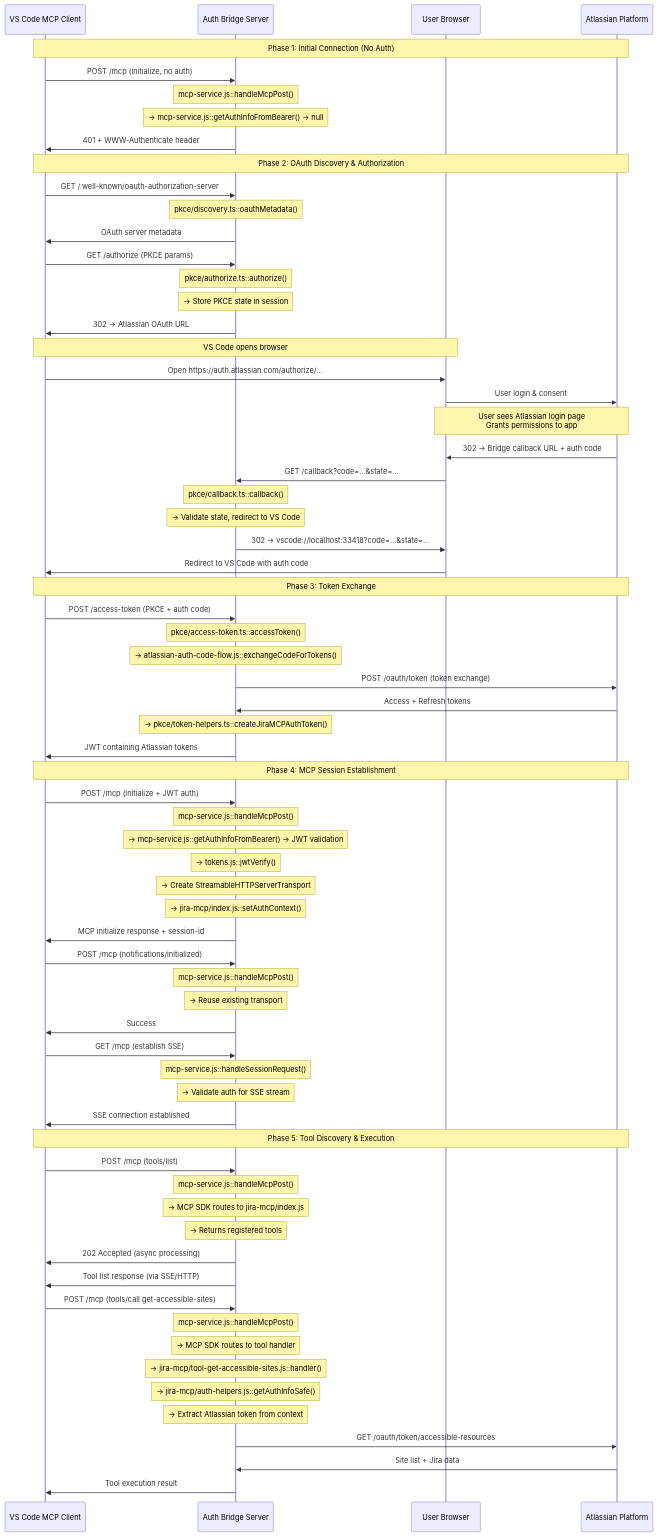
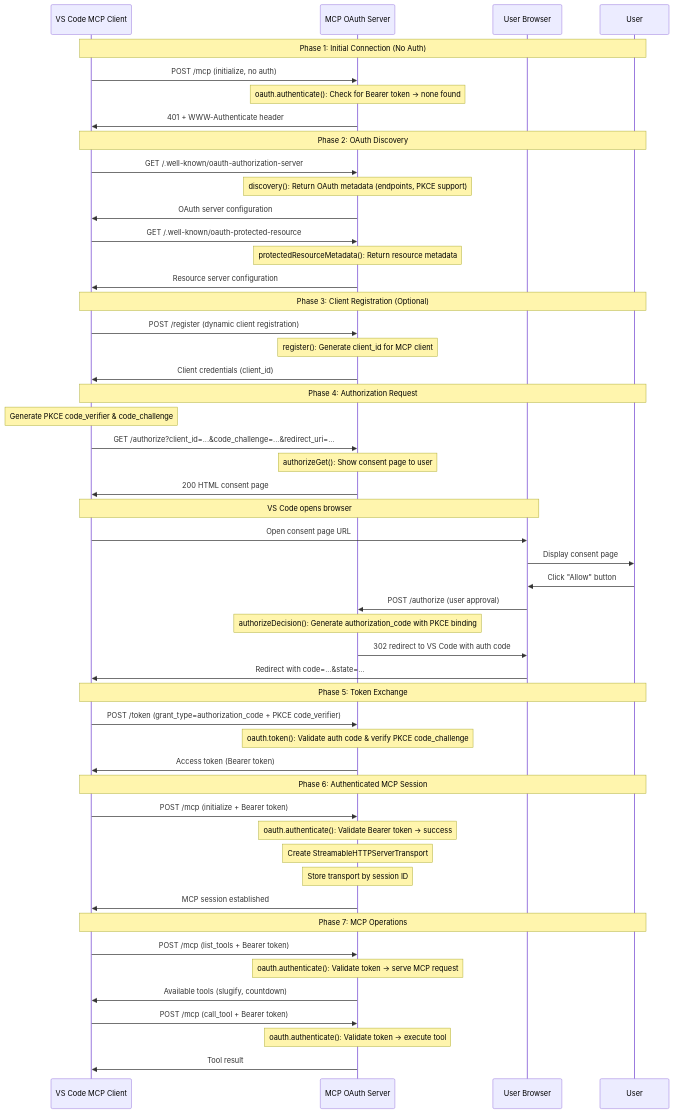
The diagram in training/9-authorizing-mcp.md (bitovi/mcp-training), drawn with Mermaid before and after one commit. The commit also changed other lines of this file and 6 other files, not shown here.

````diff
--- a/training/9-authorizing-mcp.md
+++ b/training/9-authorizing-mcp.md
@@ -7,80 +5,62 @@
 ```mermaid
 sequenceDiagram
     participant VSCode as VS Code MCP Client
-    participant Bridge as Auth Bridge Server
+    participant Server as MCP OAuth Server
     participant Browser as User Browser
-    participant Atlassian as Atlassian Platform
+    participant User as User
 
-    Note over VSCode,Atlassian: Phase 1: Initial Connection (No Auth)
-    VSCode->>Bridge: POST /mcp (initialize, no auth)
-    Note over Bridge: mcp-service.js::handleMcpPost()
-    Note over Bridge: → mcp-service.js::getAuthInfoFromBearer() → null
-    Bridge->>VSCode: 401 + WWW-Authenticate header
+    Note over VSCode,User: Phase 1: Initial Connection (No Auth)
+    VSCode->>Server: POST /mcp (initialize, no auth)
+    Note over Server: oauth.authenticate(): Check for Bearer token → none found
+    Server->>VSCode: 401 + WWW-Authenticate header
 
-    Note over VSCode,Atlassian: Phase 2: OAuth Discovery & Authorization
-    VSCode->>Bridge: GET /.well-known/oauth-authorization-server
-    Note over Bridge: pkce/discovery.ts::oauthMetadata()
-    Bridge->>VSCode: OAuth server metadata
+    Note over VSCode,User: Phase 2: OAuth Discovery
+    VSCode->>Server: GET /.well-known/oauth-authorization-server
+    Note over Server: discovery(): Return OAuth metadata (endpoints, PKCE support)
+    Server->>VSCode: OAuth server configuration
 
-    VSCode->>Bridge: GET /authorize (PKCE params)
-    Note over Bridge: pkce/authorize.ts::authorize()
-    Note over Bridge: → Store PKCE state in session
-    Bridge->>VSCode: 302 → Atlassian OAuth URL
+    VSCode->>Server: GET /.well-known/oauth-protected-resource  
+    Note over Server: protectedResourceMetadata(): Return resource metadata
+    Server->>VSCode: Resource server configuration
+
+    Note over VSCode,User: Phase 3: Client Registration (Optional)
+    VSCode->>Server: POST /register (dynamic client registration)
+    Note over Server: register(): Generate client_id for MCP client
+    Server->>VSCode: Client credentials (client_id)
+
+    Note over VSCode,User: Phase 4: Authorization Request
+    Note over VSCode: Generate PKCE code_verifier & code_challenge
+    VSCode->>Server: GET /authorize?client_id=...&code_challenge=...&redirect_uri=...
+    Note over Server: authorizeGet(): Show consent page to user
+    Server->>VSCode: 200 HTML consent page
 
     Note over VSCode,Browser: VS Code opens browser
-    VSCode->>Browser: Open https://auth.atlassian.com/authorize/...
-    Browser->>Atlassian: User login & consent
-    Note over Browser,Atlassian: User sees Atlassian login page<br/>Grants permissions to app
-    Atlassian->>Browser: 302 → Bridge callback URL + auth code
-    Browser->>Bridge: GET /callback?code=...&state=...
-    Note over Bridge: pkce/callback.ts::callback()
-    Note over Bridge: → Validate state, redirect to VS Code
-    Bridge->>Browser: 302 → vscode://localhost:33418?code=...&state=...
-    Browser->>VSCode: Redirect to VS Code with auth code
+    VSCode->>Browser: Open consent page URL
+    Browser->>User: Display consent page
+    User->>Browser: Click "Allow" button
+    Browser->>Server: POST /authorize (user approval)
+    Note over Server: authorizeDecision(): Generate authorization_code with PKCE binding
+    Server->>Browser: 302 redirect to VS Code with auth code
+    Browser->>VSCode: Redirect with code=...&state=...
 
-    Note over VSCode,Atlassian: Phase 3: Token Exchange
-    VSCode->>Bridge: POST /access-token (PKCE + auth code)
-    Note over Bridge: pkce/access-token.ts::accessToken()
-    Note over Bridge: → atlassian-auth-code-flow.js::exchangeCodeForTokens()
-    Bridge->>Atlassian: POST /oauth/token (token exchange)
-    Atlassian->>Bridge: Access + Refresh tokens
-    Note over Bridge: → pkce/token-helpers.ts::createJiraMCPAuthToken()
-    Bridge->>VSCode: JWT containing Atlassian tokens
+    Note over VSCode,User: Phase 5: Token Exchange
+    VSCode->>Server: POST /token (grant_type=authorization_code + PKCE code_verifier)
+    Note over Server: oauth.token(): Validate auth code & verify PKCE code_challenge
+    Server->>VSCode: Access token (Bearer token)
 
-    Note over VSCode,Atlassian: Phase 4: MCP Session Establishment
-    VSCode->>Bridge: POST /mcp (initialize + JWT auth)
-    Note over Bridge: mcp-service.js::handleMcpPost()
-    Note over Bridge: → mcp-service.js::getAuthInfoFromBearer() → JWT validation
-    Note over Bridge: → tokens.js::jwtVerify()
-    Note over Bridge: → Create StreamableHTTPServerTransport
-    Note over Bridge: → jira-mcp/index.js::setAuthContext()
-    Bridge->>VSCode: MCP initialize response + session-id
+    Note over VSCode,User: Phase 6: Authenticated MCP Session
+    VSCode->>Server: POST /mcp (initialize + Bearer token)
+    Note over Server: oauth.authenticate(): Validate Bearer token → success
+    Note over Server: Create StreamableHTTPServerTransport
+    Note over Server: Store transport by session ID
+    Server->>VSCode: MCP session established
 
-    VSCode->>Bridge: POST /mcp (notifications/initialized)
-    Note over Bridge: mcp-service.js::handleMcpPost()
-    Note over Bridge: → Reuse existing transport
-    Bridge->>VSCode: Success
+    Note over VSCode,User: Phase 7: MCP Operations
+    VSCode->>Server: POST /mcp (list_tools + Bearer token)
+    Note over Server: oauth.authenticate(): Validate token → serve MCP request
+    Server->>VSCode: Available tools (slugify, countdown)
 
-    VSCode->>Bridge: GET /mcp (establish SSE)
-    Note over Bridge: mcp-service.js::handleSessionRequest()
-    Note over Bridge: → Validate auth for SSE stream
-    Bridge->>VSCode: SSE connection established
-
-    Note over VSCode,Atlassian: Phase 5: Tool Discovery & Execution
-    VSCode->>Bridge: POST /mcp (tools/list)
-    Note over Bridge: mcp-service.js::handleMcpPost()
-    Note over Bridge: → MCP SDK routes to jira-mcp/index.js
-    Note over Bridge: → Returns registered tools
-    Bridge->>VSCode: 202 Accepted (async processing)
-    Bridge->>VSCode: Tool list response (via SSE/HTTP)
-
-    VSCode->>Bridge: POST /mcp (tools/call get-accessible-sites)
-    Note over Bridge: mcp-service.js::handleMcpPost()
-    Note over Bridge: → MCP SDK routes to tool handler
-    Note over Bridge: → jira-mcp/tool-get-accessible-sites.js::handler()
-    Note over Bridge: → jira-mcp/auth-helpers.js::getAuthInfoSafe()
-    Note over Bridge: → Extract Atlassian token from context
-    Bridge->>Atlassian: GET /oauth/token/accessible-resources
-    Atlassian->>Bridge: Site list + Jira data
-    Bridge->>VSCode: Tool execution result
+    VSCode->>Server: POST /mcp (call_tool + Bearer token)  
+    Note over Server: oauth.authenticate(): Validate token → execute tool
+    Server->>VSCode: Tool result
 ```
````
